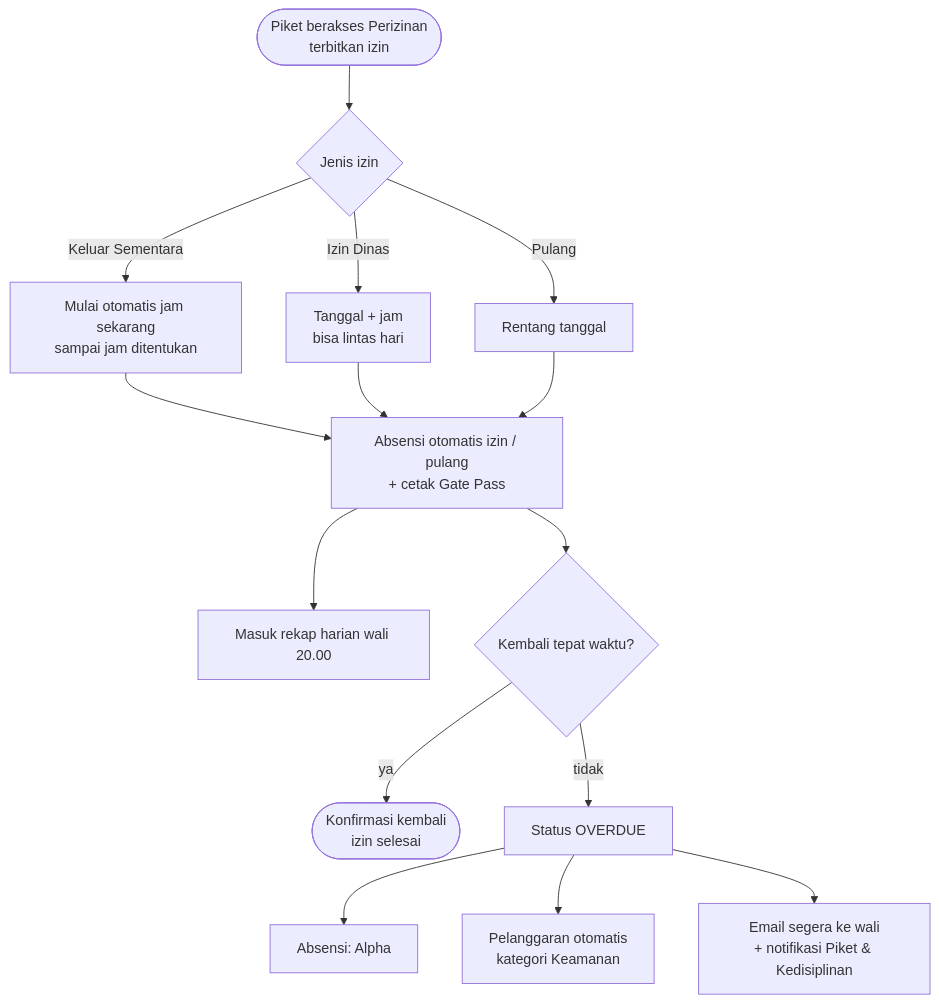
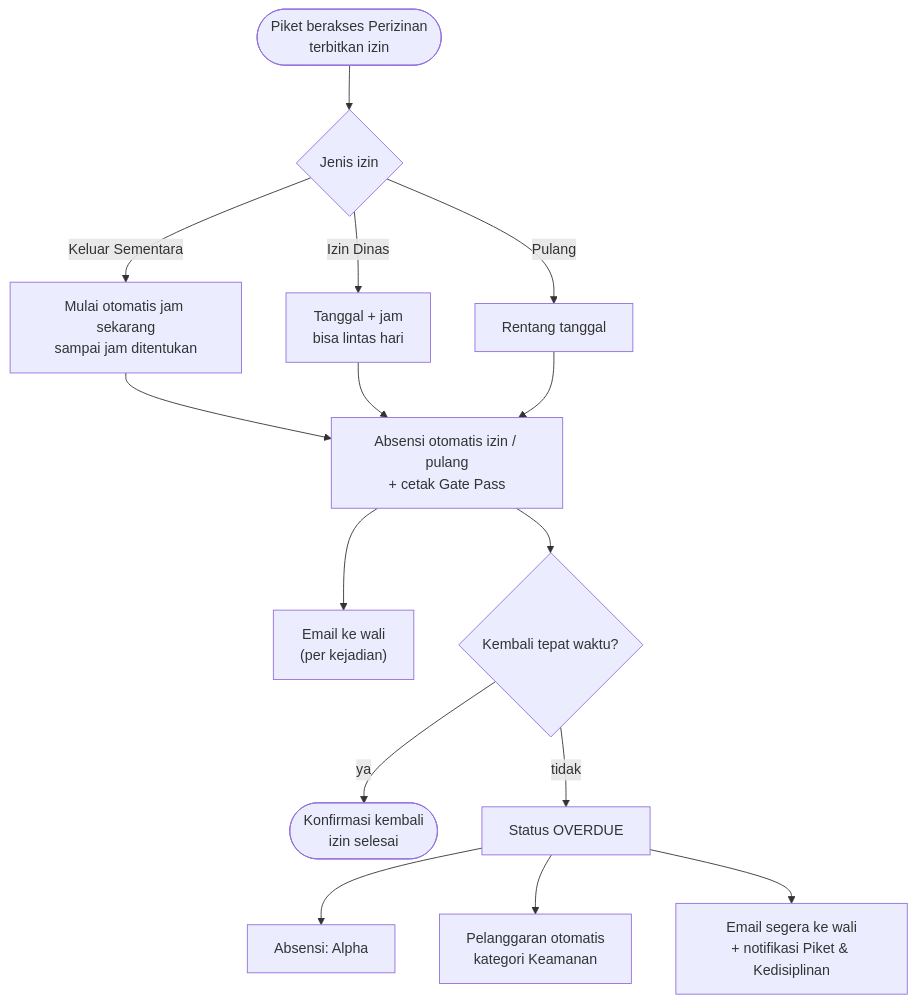
One commit to SiJao/ProjectJao changed the third of 6 diagrams in README.md. Above: the diagram before and after it, drawn with Mermaid. The commit also changed other lines of this file, not shown here.

First line of the commit message:
README: Manajemen Akses (hanya Moderator) dan info ke wali per kejadian

````diff
--- a/README.md
+++ b/README.md
@@ -411,17 +415,17 @@
 ```mermaid
 flowchart TD
     A(["Piket berakses Perizinan<br/>terbitkan izin"]) --> B{"Jenis izin"}
     B -- "Keluar Sementara" --> C["Mulai otomatis jam sekarang<br/>sampai jam ditentukan"]
     B -- "Izin Dinas" --> D["Tanggal + jam<br/>bisa lintas hari"]
     B -- "Pulang" --> E["Rentang tanggal"]
     C --> F["Absensi otomatis izin / pulang<br/>+ cetak Gate Pass"]
     D --> F
     E --> F
-    F --> R["Masuk rekap harian wali 20.00"]
+    F --> R["Email ke wali<br/>(per kejadian)"]
     F --> G{"Kembali tepat waktu?"}
     G -- "ya" --> H(["Konfirmasi kembali<br/>izin selesai"])
     G -- "tidak" --> I["Status OVERDUE"]
     I --> J["Absensi: Alpha"]
     I --> K["Pelanggaran otomatis<br/>kategori Keamanan"]
     I --> L["Email segera ke wali<br/>+ notifikasi Piket & Kedisiplinan"]
 ```
````
